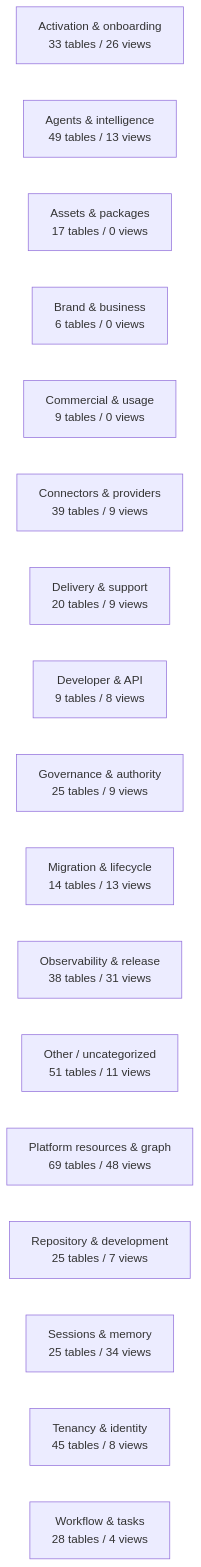
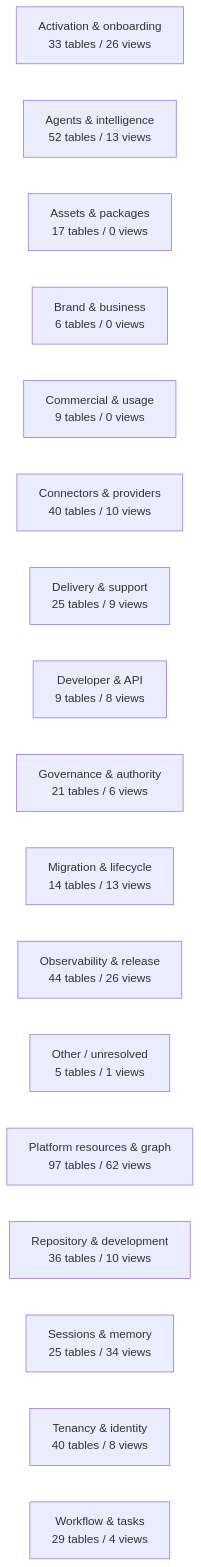
Before and after one commit to mad4bdigital-ai/multi-business-multi-role-growth-intelligence-os: the diagram in docs/work-maps/data-model-domain-map.md, drawn with Mermaid. The commit also changed other lines of this file and 16 other files, not shown here.

````diff
--- a/docs/work-maps/data-model-domain-map.md
+++ b/docs/work-maps/data-model-domain-map.md
@@ -9,20 +9,20 @@
 ```mermaid
 flowchart LR
   n_Activation___onboarding["Activation & onboarding<br/>33 tables / 26 views"]
-  n_Agents___intelligence["Agents & intelligence<br/>49 tables / 13 views"]
+  n_Agents___intelligence["Agents & intelligence<br/>52 tables / 13 views"]
   n_Assets___packages["Assets & packages<br/>17 tables / 0 views"]
   n_Brand___business["Brand & business<br/>6 tables / 0 views"]
   n_Commercial___usage["Commercial & usage<br/>9 tables / 0 views"]
-  n_Connectors___providers["Connectors & providers<br/>39 tables / 9 views"]
-  n_Delivery___support["Delivery & support<br/>20 tables / 9 views"]
+  n_Connectors___providers["Connectors & providers<br/>40 tables / 10 views"]
+  n_Delivery___support["Delivery & support<br/>25 tables / 9 views"]
   n_Developer___API["Developer & API<br/>9 tables / 8 views"]
-  n_Governance___authority["Governance & authority<br/>25 tables / 9 views"]
+  n_Governance___authority["Governance & authority<br/>21 tables / 6 views"]
   n_Migration___lifecycle["Migration & lifecycle<br/>14 tables / 13 views"]
-  n_Observability___release["Observability & release<br/>38 tables / 31 views"]
-  n_Other___uncategorized["Other / uncategorized<br/>51 tables / 11 views"]
-  n_Platform_resources___graph["Platform resources & graph<br/>69 tables / 48 views"]
-  n_Repository___development["Repository & development<br/>25 tables / 7 views"]
+  n_Observability___release["Observability & release<br/>44 tables / 26 views"]
+  n_Other___unresolved["Other / unresolved<br/>5 tables / 1 views"]
+  n_Platform_resources___graph["Platform resources & graph<br/>97 tables / 62 views"]
+  n_Repository___development["Repository & development<br/>36 tables / 10 views"]
   n_Sessions___memory["Sessions & memory<br/>25 tables / 34 views"]
-  n_Tenancy___identity["Tenancy & identity<br/>45 tables / 8 views"]
-  n_Workflow___tasks["Workflow & tasks<br/>28 tables / 4 views"]
+  n_Tenancy___identity["Tenancy & identity<br/>40 tables / 8 views"]
+  n_Workflow___tasks["Workflow & tasks<br/>29 tables / 4 views"]
 ```
````
